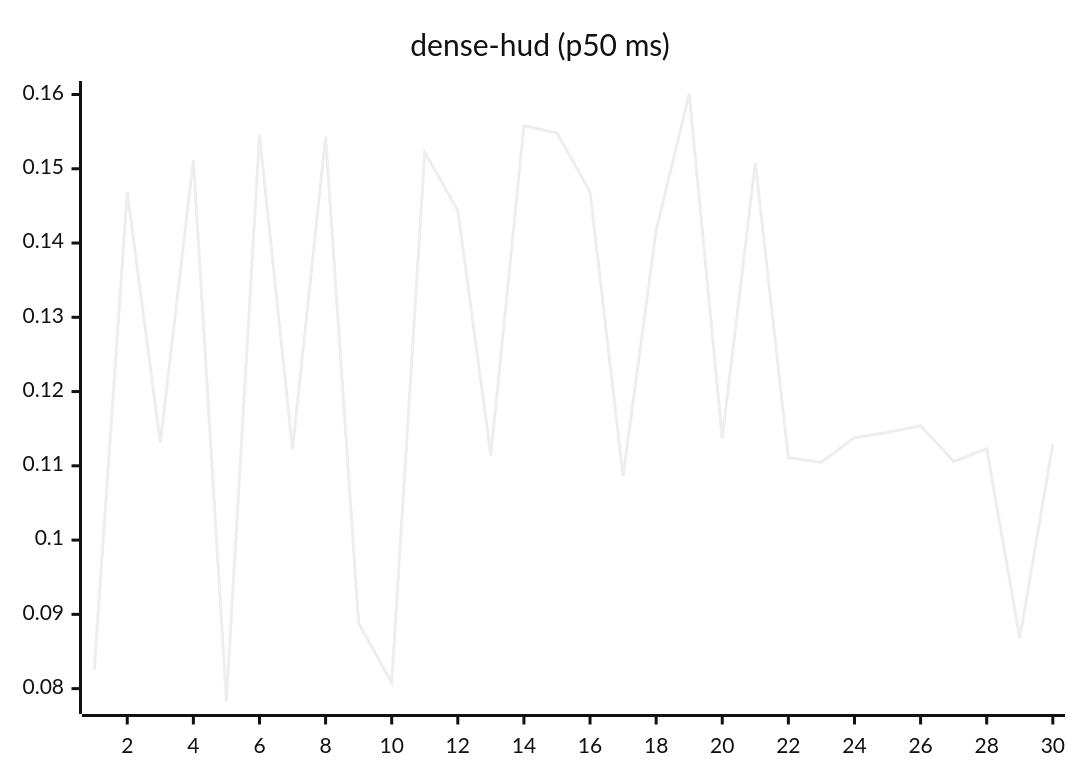
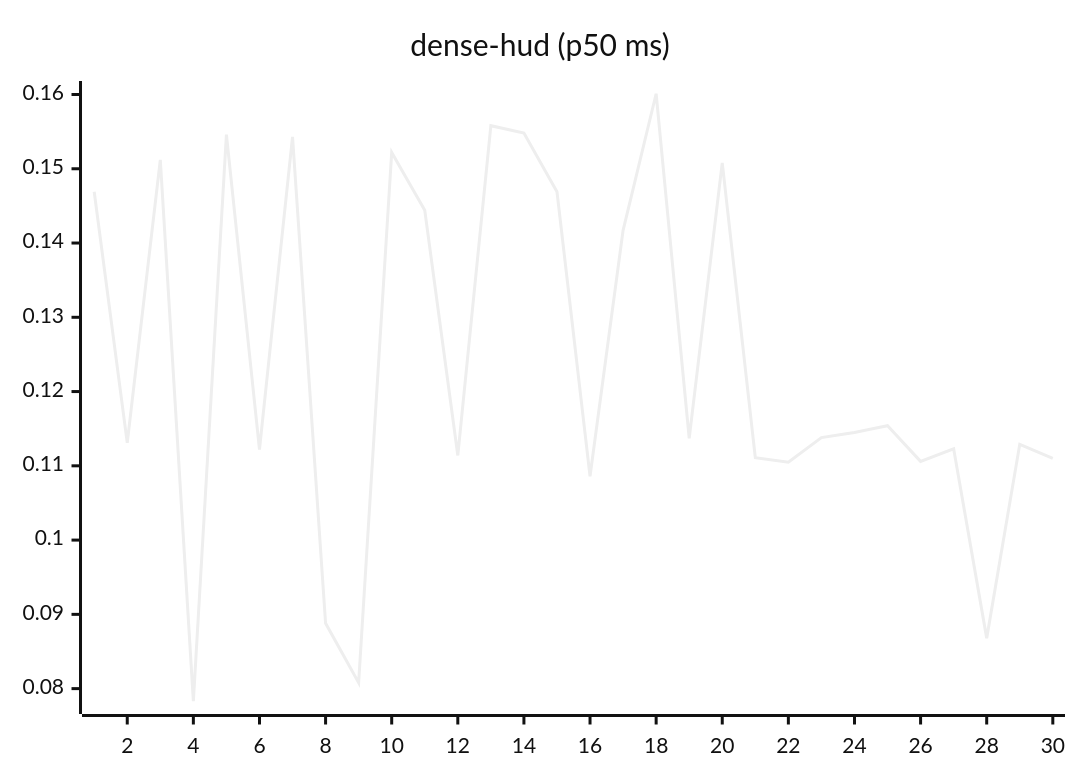
Before and after one commit to josha/Facet: the eighth of 27 diagrams in README.md, drawn with Mermaid (neutral theme). The commit also changed other lines of this file and 2 other files, not shown here.

````diff
--- a/README.md
+++ b/README.md
@@ -112,6 +112,6 @@
 ```mermaid
 xychart-beta
     title "dense-hud (p50 ms)"
     x-axis 1 --> 30
-    line [0.0825, 0.1469, 0.1131, 0.1512, 0.0783, 0.1546, 0.1122, 0.1543, 0.0888, 0.0808, 0.1522, 0.1444, 0.1114, 0.1558, 0.1548, 0.1469, 0.1086, 0.1417, 0.1601, 0.1137, 0.1508, 0.1111, 0.1105, 0.1138, 0.1145, 0.1154, 0.1106, 0.1123, 0.0868, 0.1129]
+    line [0.1469, 0.1131, 0.1512, 0.0783, 0.1546, 0.1122, 0.1543, 0.0888, 0.0808, 0.1522, 0.1444, 0.1114, 0.1558, 0.1548, 0.1469, 0.1086, 0.1417, 0.1601, 0.1137, 0.1508, 0.1111, 0.1105, 0.1138, 0.1145, 0.1154, 0.1106, 0.1123, 0.0868, 0.1129, 0.1110]
 ```
````
